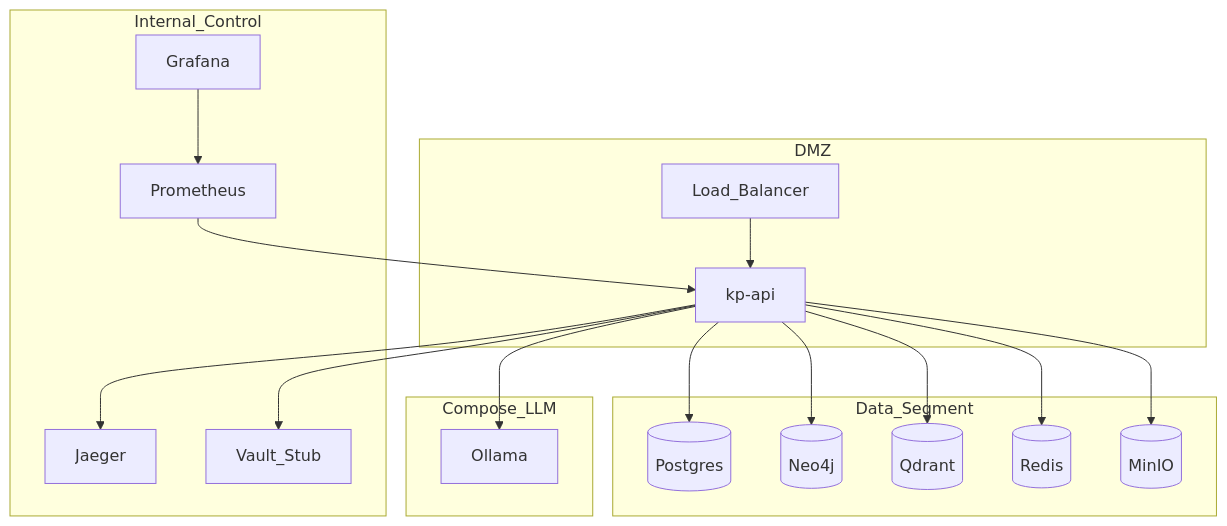
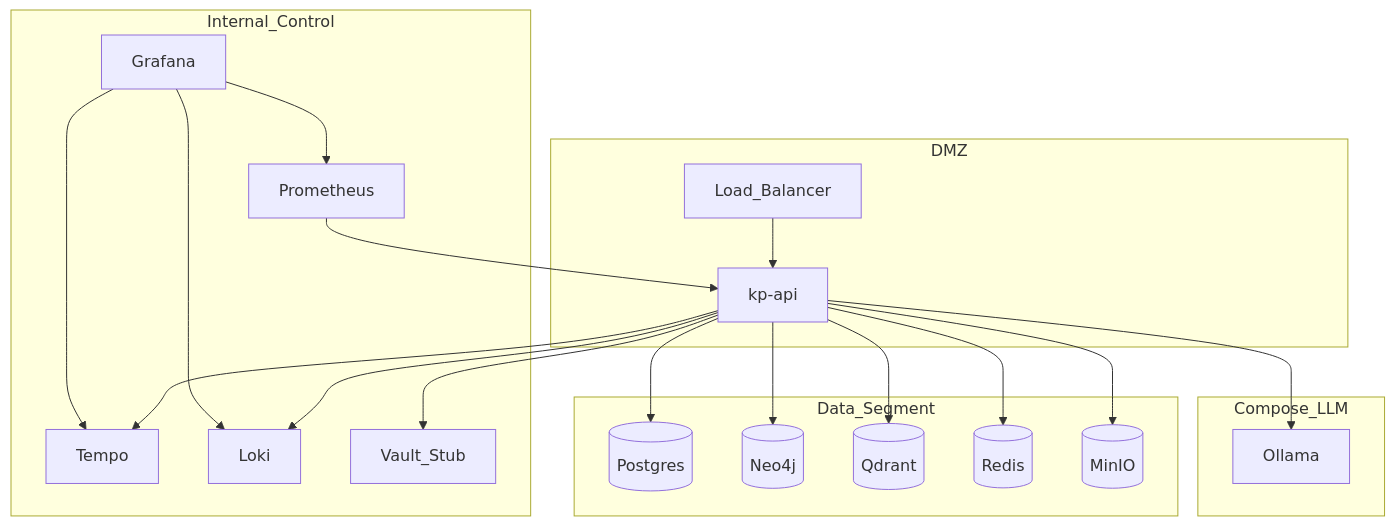
Before and after one commit to YuesIt17/yuit-docs-ai-architect-platform: the diagram in architecture/deployment.md, drawn with Mermaid. The commit also changed other lines of this file and 37 other files, not shown here.

````diff
--- a/architecture/deployment.md
+++ b/architecture/deployment.md
@@ -23,34 +24,38 @@
 ```mermaid
 flowchart TB
   subgraph dmz [DMZ]
     LB[Load_Balancer]
     API[kp-api]
   end
   subgraph internal [Internal_Control]
     Prom[Prometheus]
     Graf[Grafana]
-    Jaeger[Jaeger]
+    Tempo[Tempo]
+    Loki[Loki]
     Vault[Vault_Stub]
   end
   subgraph dataplane [Data_Segment]
     PG[(Postgres)]
     N4[(Neo4j)]
     QD[(Qdrant)]
     RD[(Redis)]
     S3[(MinIO)]
   end
   subgraph llm [Compose_LLM]
     Ollama[Ollama]
   end
   LB --> API
   API --> PG
   API --> N4
   API --> QD
   API --> RD
   API --> S3
   API --> Ollama
-  API --> Jaeger
+  API --> Tempo
+  API --> Loki
   Prom --> API
   Graf --> Prom
+  Graf --> Tempo
+  Graf --> Loki
   API --> Vault
 ```
````
